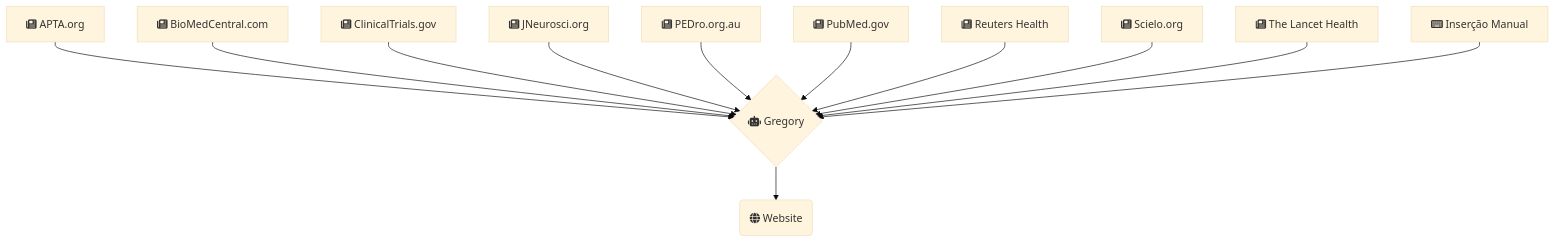
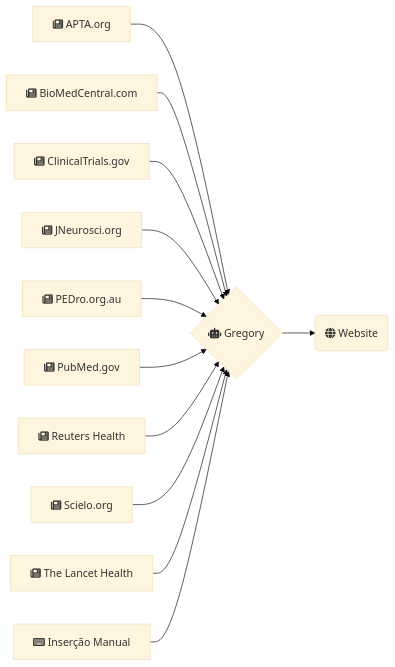
The diagram in content/about/index.md (brunoamaral/gregory-ai), drawn with Mermaid (base theme) before and after one commit.

Commit message:
make chart readable

````diff
--- a/content/about/index.md
+++ b/content/about/index.md
@@ -41,14 +41,14 @@
 ```mermaid
-graph TD;
+graph LR;
     APTA[fa:fa-newspaper APTA.org] -->Gregory;
     BioMedCentral[fa:fa-newspaper BioMedCentral.com] -->Gregory;
     ClinicalTrials[fa:fa-newspaper ClinicalTrials.gov]-->Gregory;
     JNeurosci[fa:fa-newspaper JNeurosci.org]-->Gregory;
     PEDro[fa:fa-newspaper PEDro.org.au] -->Gregory;
     PubMed[fa:fa-newspaper PubMed.gov] -->Gregory;
     Reuters[fa:fa-newspaper Reuters Health]-->Gregory;
     Scielo[fa:fa-newspaper Scielo.org] -->Gregory;
     TheLancet[fa:fa-newspaper The Lancet Health]-->Gregory;
     Manual[fa:fa-keyboard Inserção Manual]-->Gregory;
     Gregory{fa:fa-robot Gregory}-->Website(fa:fa-globe Website)
 ```
````
